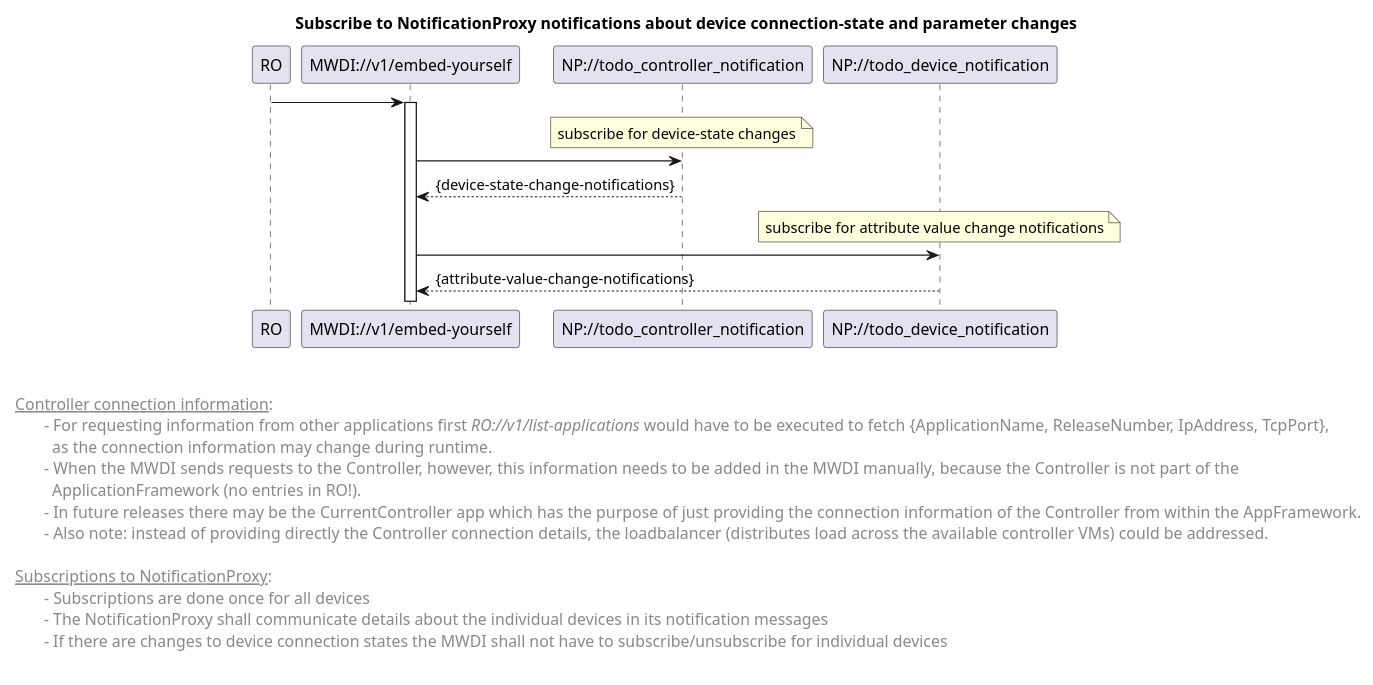
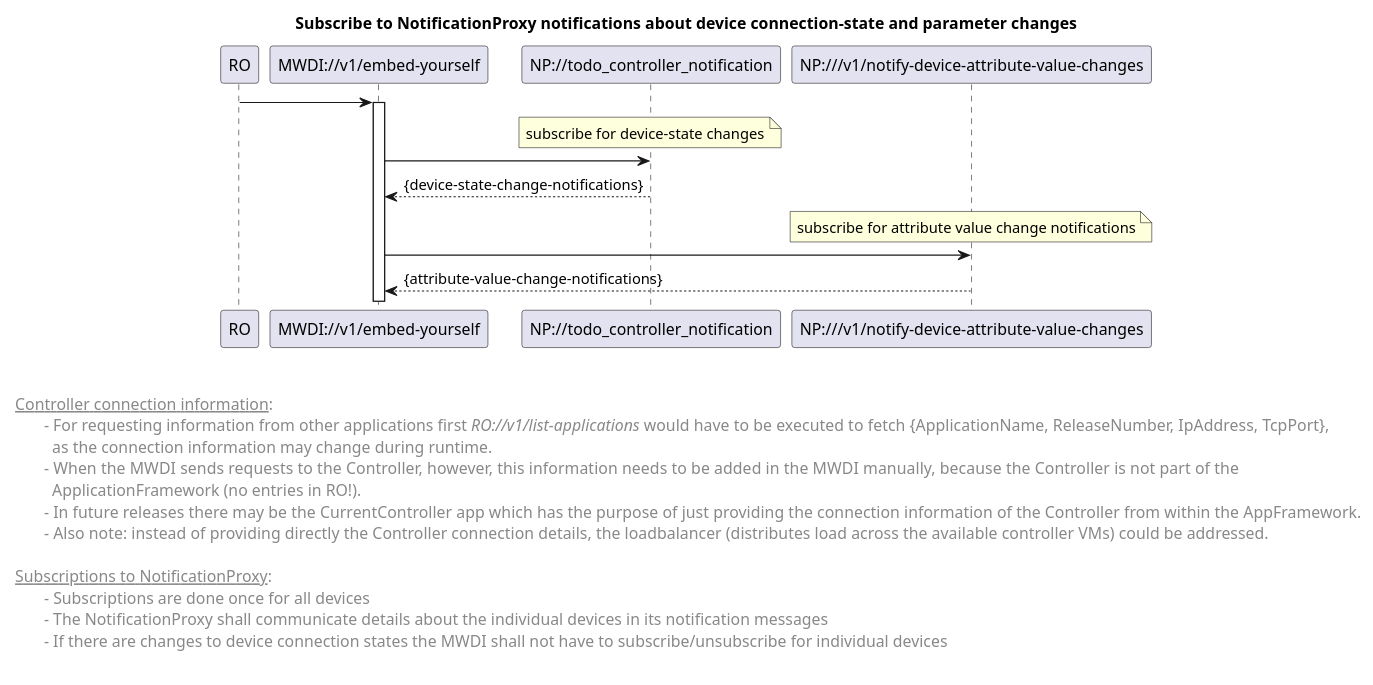
The diagram in spec/diagrams/00x_forwardingSubscribeAtNP.plantuml (openBackhaul/MicroWaveDeviceInventory), drawn with PlantUML before and after one commit. The commit also changed 7 other files, not shown here.

```diff
--- a/spec/diagrams/00x_forwardingSubscribeAtNP.plantuml
+++ b/spec/diagrams/00x_forwardingSubscribeAtNP.plantuml
@@ -1,56 +1,56 @@
 @startuml
 skinparam responseMessageBelowArrow true
 skinparam guillemet [ ]
 skinparam participant {
   StereotypeFontSize 12  
 }
 hide stereotype
 
 title Subscribe to NotificationProxy notifications about device connection-state and parameter changes
 
 'participants
 participant "RO" as ro
 participant "MWDI://v1/embed-yourself" as mwdi <<mwdi-1-0-0-op-s-bm-001>>
 participant "NP://todo_controller_notification" as npConnectionStatusNotif <<mwdi-1-0-0-op-c-is-np-1-0-0-000>>
-participant "NP://todo_device_notification" as npDevChangeNotif <<mwdi-1-0-0-op-c-is-np-1-0-0-004>>
+participant "NP:///v1/notify-device-attribute-value-changes" as npDevChangeNotif <<mwdi-1-0-0-op-c-is-np-1-0-0-003>>
 
 ro -> mwdi
 activate mwdi
 
 note over npConnectionStatusNotif: subscribe for device-state changes
 mwdi -> npConnectionStatusNotif
 npConnectionStatusNotif --> mwdi: {device-state-change-notifications}
 
 note over npDevChangeNotif: subscribe for attribute value change notifications
 mwdi -> npDevChangeNotif
 npDevChangeNotif --> mwdi: {attribute-value-change-notifications}
 
 
 left footer 
 
 
 <u> Controller connection information</u>:
 \t- For requesting information from other applications first <i>RO://v1/list-applications</i> would have to be executed to fetch {ApplicationName, ReleaseNumber, IpAddress, TcpPort}, 
 \t  as the connection information may change during runtime.
 \t-  When the MWDI sends requests to the Controller, however, this information needs to be added in the MWDI manually, because the Controller is not part of the 
 \t  ApplicationFramework (no entries in RO!). 
 \t-  In future releases there may be the CurrentController app which has the purpose of just providing the connection information of the Controller from within the AppFramework.
 \t-  Also note: instead of providing directly the Controller connection details, the loadbalancer (distributes load across the available controller VMs) could be addressed.
 
 <u> Subscriptions to NotificationProxy</u>:
 \t- Subscriptions are done once for all devices
 \t- The NotificationProxy shall communicate details about the individual devices in its notification messages
 \t- If there are changes to device connection states the MWDI shall not have to subscribe/unsubscribe for individual devices
 
 end footer
 
 
 <style>
 footer {
   HorizontalAlignment left
   FontSize 14
 }
 </style>
 
 
 @enduml
```
